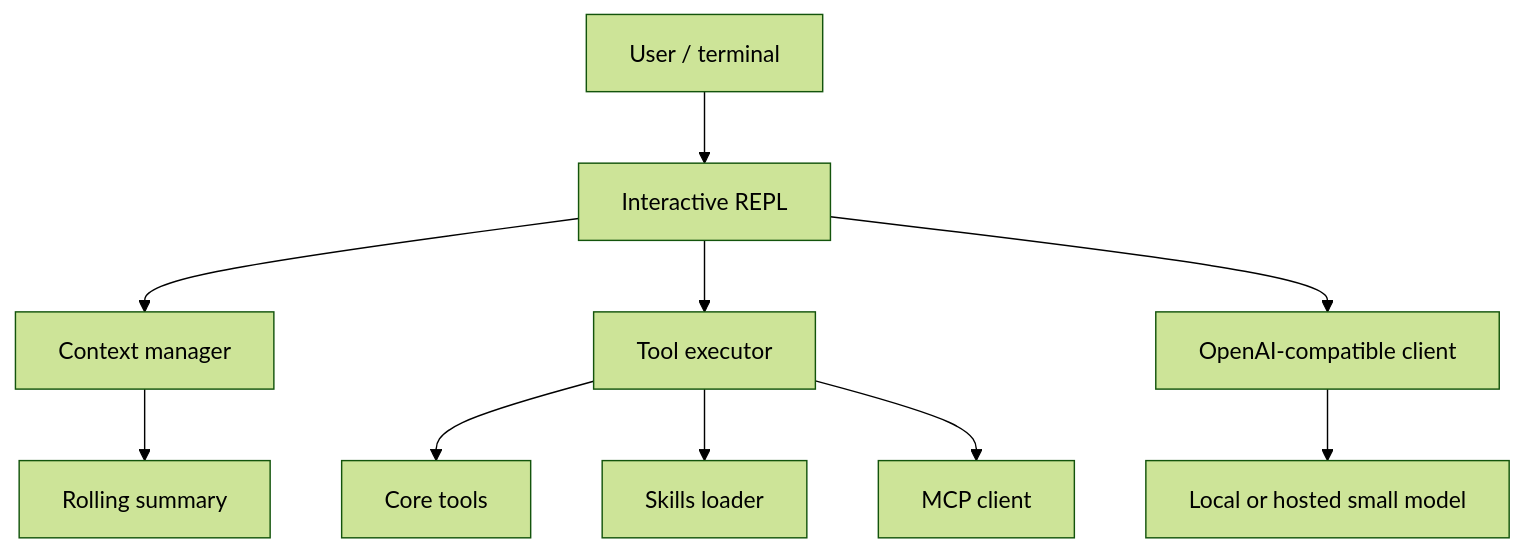
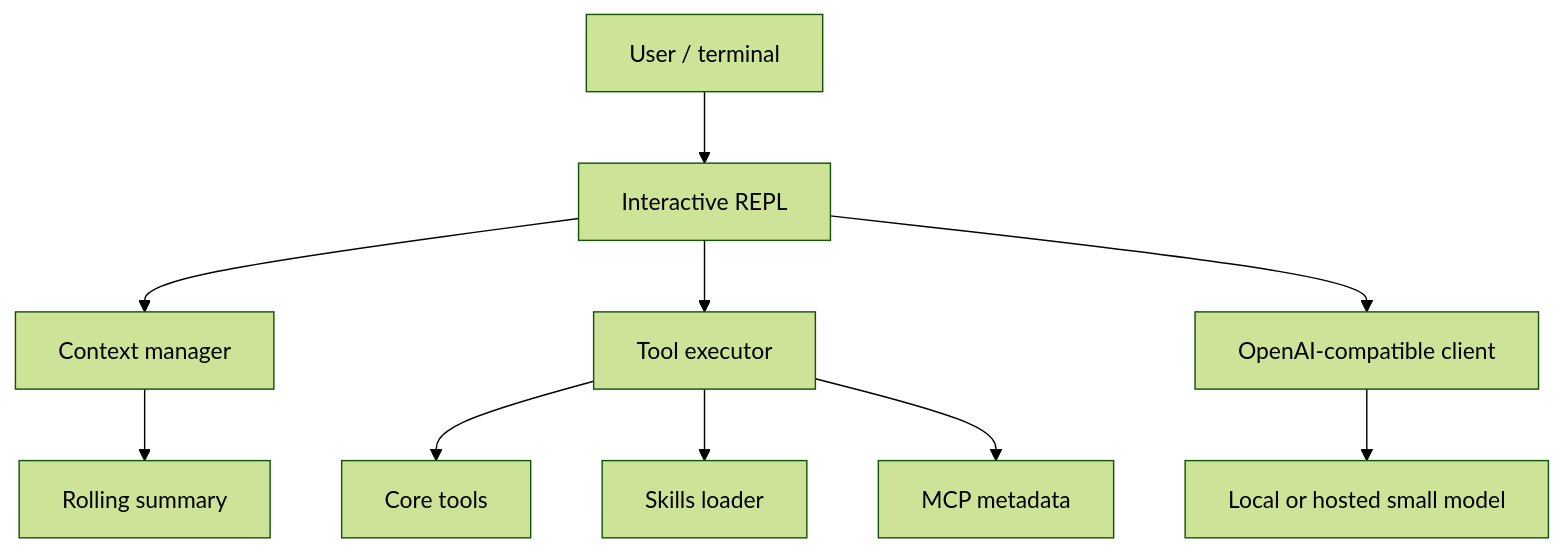
One commit to BrunoV21/vyrn changed the diagram in docs/official/concepts/architecture.md. Above: the diagram before and after it, drawn with Mermaid (forest theme). The commit also changed other lines of this file and 14 other files, not shown here.

````diff
--- a/docs/official/concepts/architecture.md
+++ b/docs/official/concepts/architecture.md
@@ -5,12 +5,12 @@
 ```mermaid
 flowchart TD
   User[User / terminal] --> Repl[Interactive REPL]
   Repl --> Context[Context manager]
   Repl --> Tools[Tool executor]
   Repl --> Client[OpenAI-compatible client]
   Context --> Summary[Rolling summary]
   Tools --> Core[Core tools]
   Tools --> Skills[Skills loader]
-  Tools --> Mcp[MCP client]
+  Tools --> Mcp[MCP metadata]
   Client --> Model[Local or hosted small model]
 ```
````
